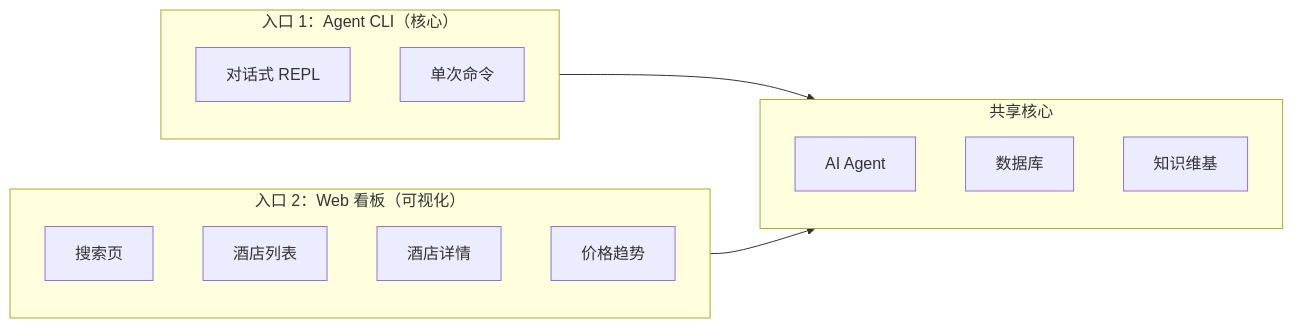
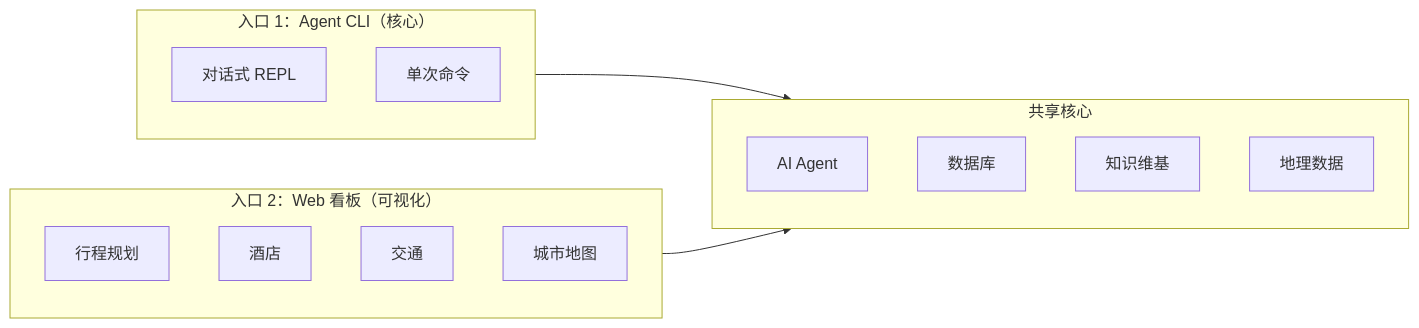
The second of 7 diagrams in docs/product.md (colna/CCTraveler), drawn with Mermaid before and after one commit. The commit also changed other lines of this file, not shown here.

First line of the commit message:
docs: redefine product as AI travel planner (not just hotel intel)

````diff
--- a/docs/product.md
+++ b/docs/product.md
@@ -53,23 +85,24 @@
 ```mermaid
 graph LR
     subgraph CLI["入口 1：Agent CLI（核心）"]
         REPL["对话式 REPL"]
         CMD["单次命令"]
     end
 
     subgraph Web["入口 2：Web 看板（可视化）"]
-        Search["搜索页"]
-        List["酒店列表"]
-        Detail["酒店详情"]
-        Trends["价格趋势"]
+        Plan["行程规划"]
+        Hotel["酒店"]
+        Transport["交通"]
+        Map["城市地图"]
     end
 
     subgraph Core["共享核心"]
         Agent["AI Agent"]
         DB["数据库"]
         Wiki["知识维基"]
+        Geo["地理数据"]
     end
 
     CLI --> Core
     Web --> Core
 ```
````
